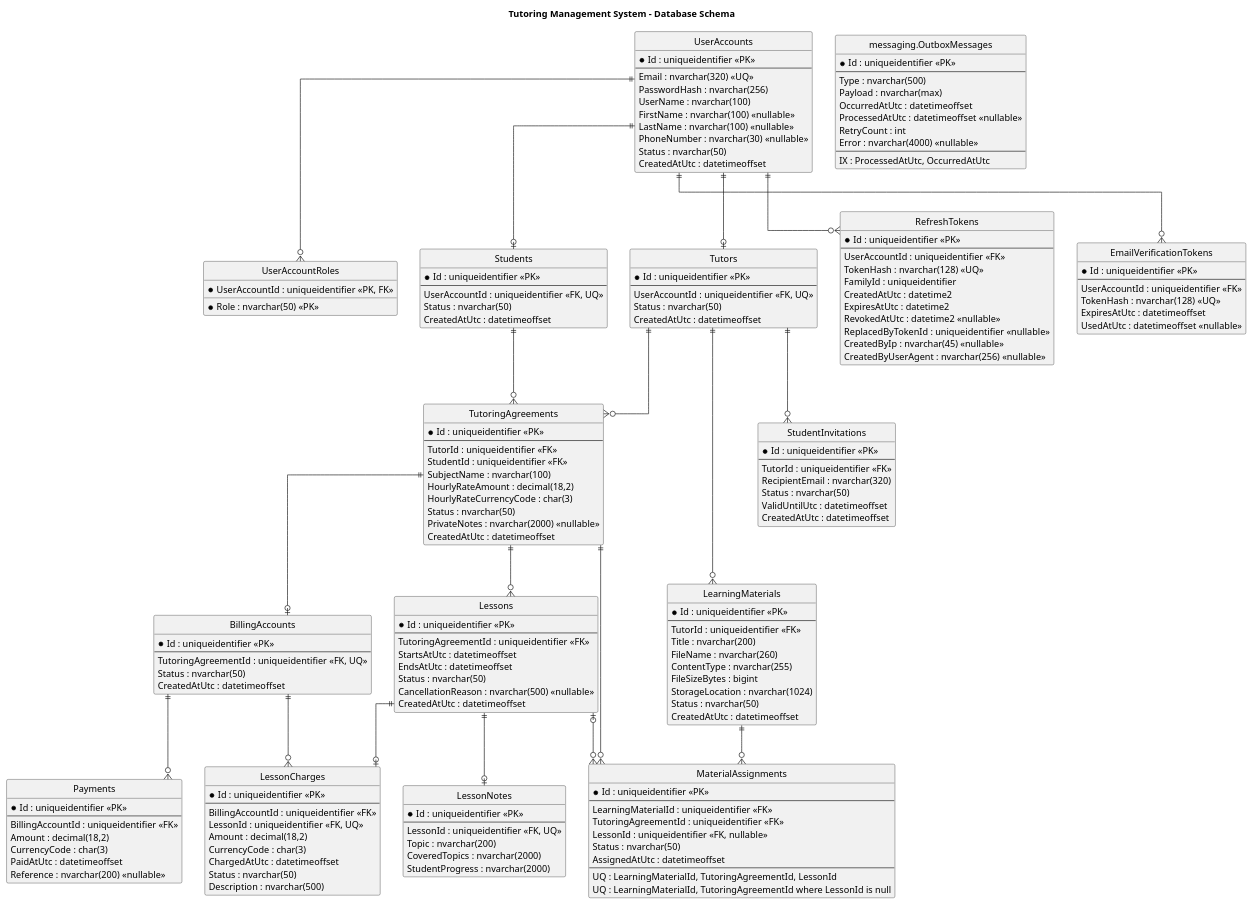
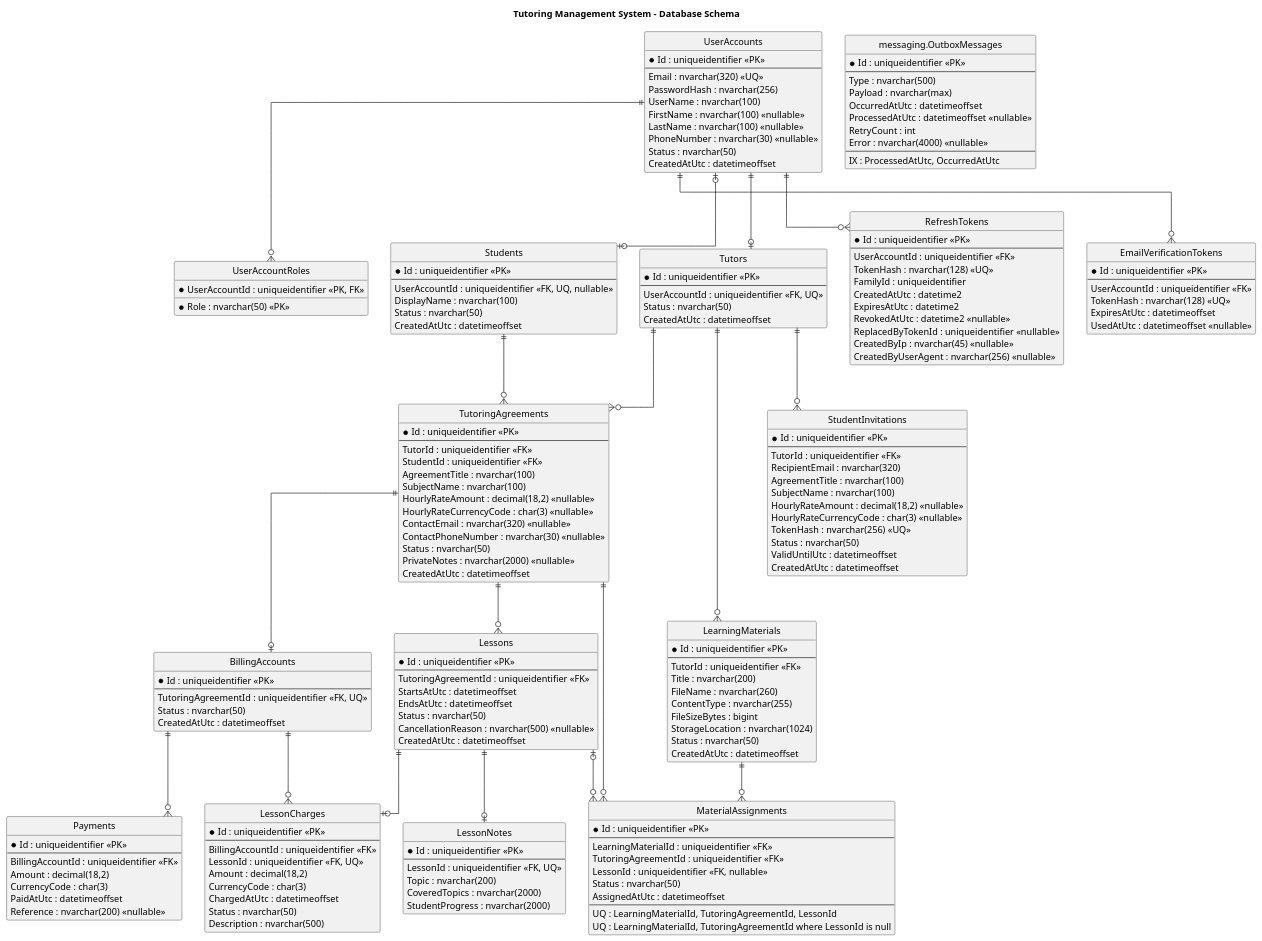
Before and after one commit to JStec0312/Tutoring-CRM-System: the diagram in docs/technical_docs/database_docs/database_schema.puml, drawn with PlantUML. The commit also changed 43 other files, not shown here.

```diff
--- a/docs/technical_docs/database_docs/database_schema.puml
+++ b/docs/technical_docs/database_docs/database_schema.puml
@@ -35,7 +35,8 @@
 entity Students {
     * Id : uniqueidentifier <<PK>>
     --
-    UserAccountId : uniqueidentifier <<FK, UQ>>
+    UserAccountId : uniqueidentifier <<FK, UQ, nullable>>
+    DisplayName : nvarchar(100)
     Status : nvarchar(50)
     CreatedAtUtc : datetimeoffset
 }
@@ -45,9 +46,12 @@
     --
     TutorId : uniqueidentifier <<FK>>
     StudentId : uniqueidentifier <<FK>>
+    AgreementTitle : nvarchar(100)
     SubjectName : nvarchar(100)
-    HourlyRateAmount : decimal(18,2)
-    HourlyRateCurrencyCode : char(3)
+    HourlyRateAmount : decimal(18,2) <<nullable>>
+    HourlyRateCurrencyCode : char(3) <<nullable>>
+    ContactEmail : nvarchar(320) <<nullable>>
+    ContactPhoneNumber : nvarchar(30) <<nullable>>
     Status : nvarchar(50)
     PrivateNotes : nvarchar(2000) <<nullable>>
     CreatedAtUtc : datetimeoffset
@@ -58,6 +62,11 @@
     --
     TutorId : uniqueidentifier <<FK>>
     RecipientEmail : nvarchar(320)
+    AgreementTitle : nvarchar(100)
+    SubjectName : nvarchar(100)
+    HourlyRateAmount : decimal(18,2) <<nullable>>
+    HourlyRateCurrencyCode : char(3) <<nullable>>
+    TokenHash : nvarchar(256) <<UQ>>
     Status : nvarchar(50)
     ValidUntilUtc : datetimeoffset
     CreatedAtUtc : datetimeoffset
@@ -177,7 +186,7 @@
 
 UserAccounts ||--o{ UserAccountRoles
 UserAccounts ||--o| Tutors
-UserAccounts ||--o| Students
+UserAccounts |o--o| Students
 UserAccounts ||--o{ RefreshTokens
 UserAccounts ||--o{ EmailVerificationTokens
 
```
